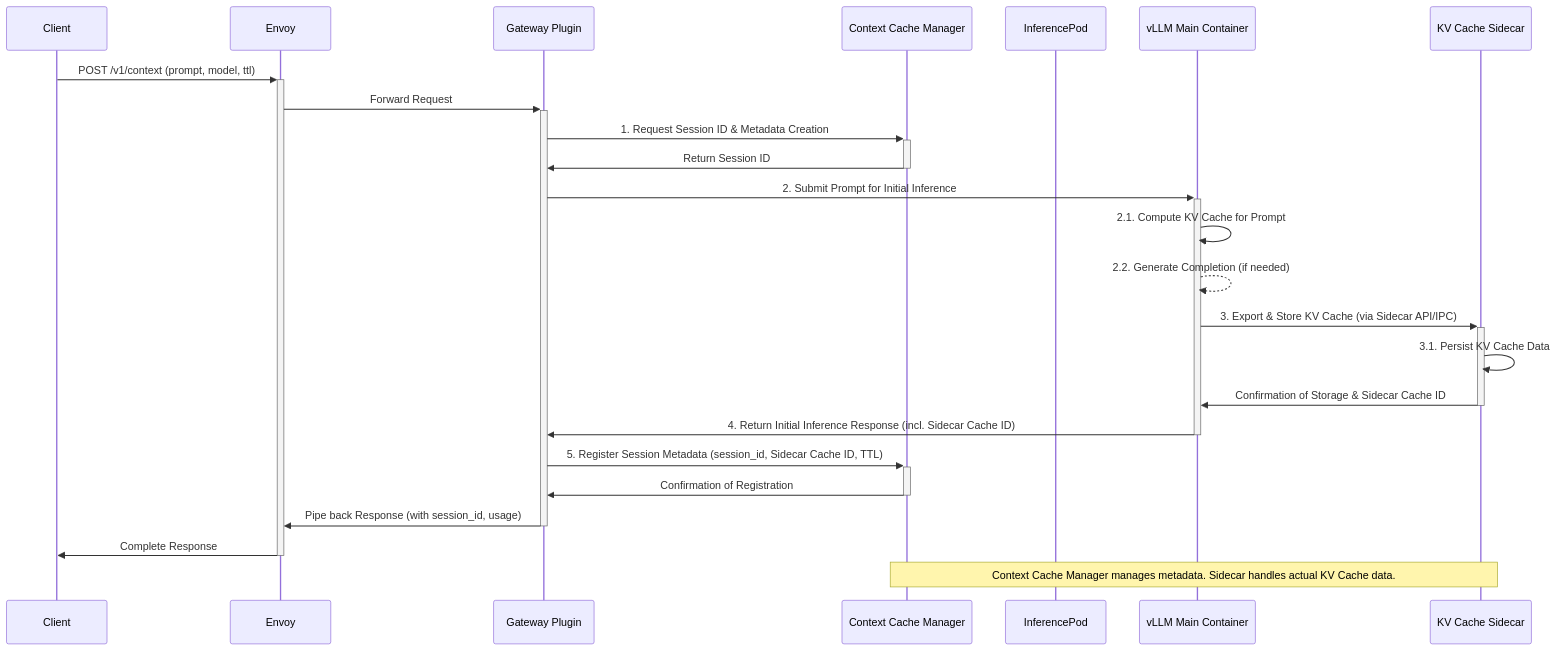
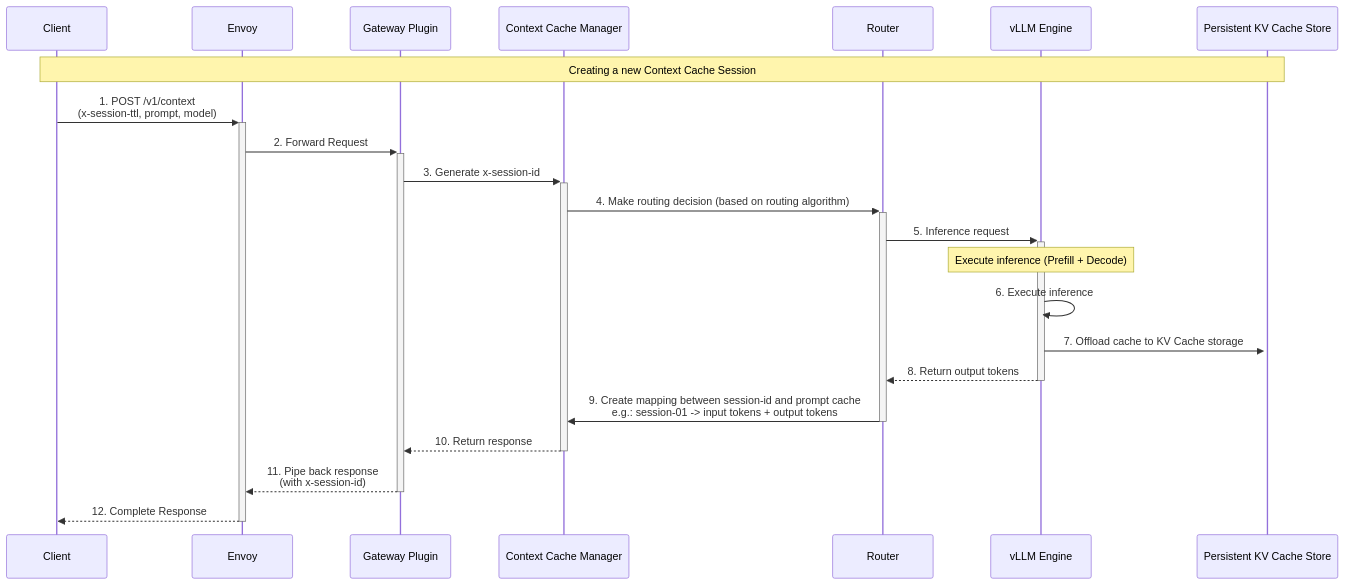
Before and after one commit to vllm-project/aibrix: the first of 2 diagrams in design/ep-1248.md, drawn with Mermaid. The commit also changed other lines of this file, not shown here.

````diff
--- a/design/ep-1248.md
+++ b/design/ep-1248.md
@@ -22,27 +29,27 @@
 ```mermaid
 sequenceDiagram
     participant C as Client
     participant E as Envoy
     participant G as Gateway Plugin
     participant R as Context Cache Manager
-    participant IP as InferencePod
-    participant V as vLLM Main Container
-    participant S as KV Cache Sidecar
+    participant T as Router
+    participant V as vLLM Engine
+    participant S as Persistent KV Cache Store
 
-    C->>+E: POST /v1/context (prompt, model, ttl)
-    E->>+G: Forward Request
-    G->>+R: 1. Request Session ID & Metadata Creation
-    R->>-G: Return Session ID
-    G->>+V: 2. Submit Prompt for Initial Inference
-    V->>V: 2.1. Compute KV Cache for Prompt
-    V-->>V: 2.2. Generate Completion (if needed)
-    V->>+S: 3. Export & Store KV Cache (via Sidecar API/IPC)
-    S->>S: 3.1. Persist KV Cache Data
-    S->>-V: Confirmation of Storage & Sidecar Cache ID
-    V->>-G: 4. Return Initial Inference Response (incl. Sidecar Cache ID)
-    G->>+R: 5. Register Session Metadata (session_id, Sidecar Cache ID, TTL)
-    R->>-G: Confirmation of Registration
-    G->>-E: Pipe back Response (with session_id, usage)
-    E->>-C: Complete Response
-    Note over R,S: Context Cache Manager manages metadata. Sidecar handles actual KV Cache data.
+    Note over C,S: Creating a new Context Cache Session
+    
+    C->>+E: 1. POST /v1/context<br/>(x-session-ttl, prompt, model)
+    E->>+G: 2. Forward Request
+    G->>+R: 3. Generate x-session-id
+    R->>+T: 4. Make routing decision (based on routing algorithm)
+    T->>+V: 5. Inference request
+    
+    Note over V: Execute inference (Prefill + Decode)
+    V->>V: 6. Execute inference
+    V->>+S: 7. Offload cache to KV Cache storage
+    V-->>-T: 8. Return output tokens
+    T->>-R: 9. Create mapping between session-id and prompt cache<br/>e.g.: session-01 -> input tokens + output tokens
+    R-->>-G: 10. Return response
+    G-->>-E: 11. Pipe back response<br/>(with x-session-id)
+    E-->>-C: 12. Complete Response
 ```
````
